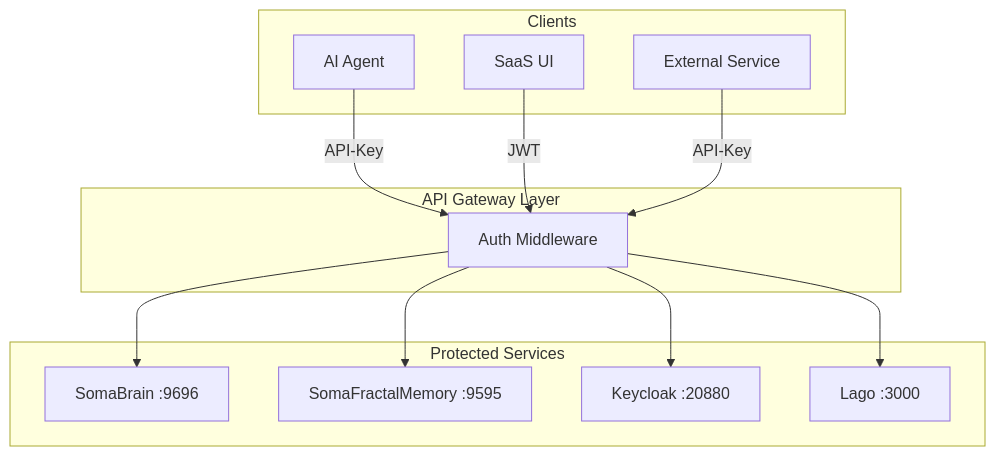
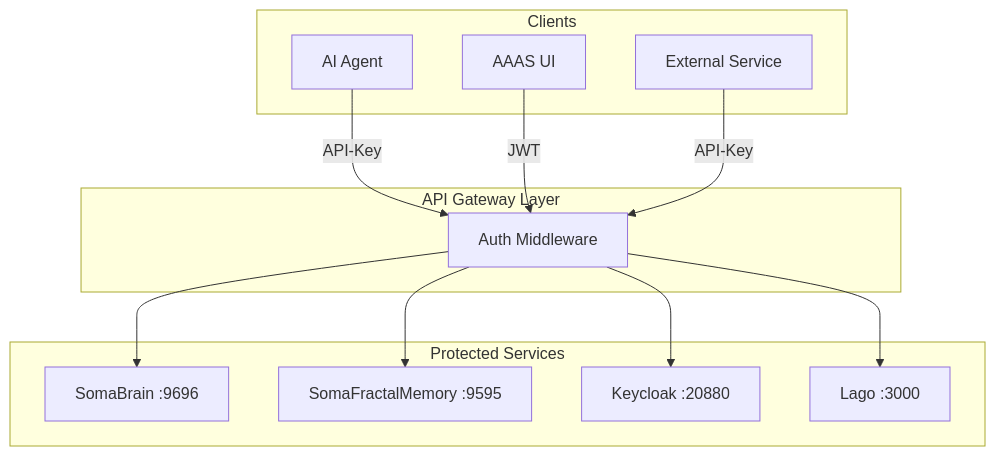
One commit to somatechlat/somabrain changed the first of 4 diagrams in docs/srs/api-specs/api-key-authentication.md. Above: the diagram before and after it, drawn with Mermaid. The commit also changed other lines of this file and 131 other files, not shown here.

````diff
--- a/docs/srs/api-specs/api-key-authentication.md
+++ b/docs/srs/api-specs/api-key-authentication.md
@@ -17,28 +17,28 @@
 ```mermaid
 flowchart TB
     subgraph Clients["Clients"]
         Agent[AI Agent]
-        UI[SaaS UI]
+        UI[AAAS UI]
         Service[External Service]
     end
     
     subgraph Gateway["API Gateway Layer"]
         Auth[Auth Middleware]
     end
     
     subgraph Services["Protected Services"]
         SB[SomaBrain :9696]
         SFM[SomaFractalMemory :9595]
         KC[Keycloak :20880]
         Lago[Lago :3000]
     end
     
     Agent -->|API-Key| Auth
     UI -->|JWT| Auth
     Service -->|API-Key| Auth
     
     Auth --> SB
     Auth --> SFM
     Auth --> KC
     Auth --> Lago
 ```
````
